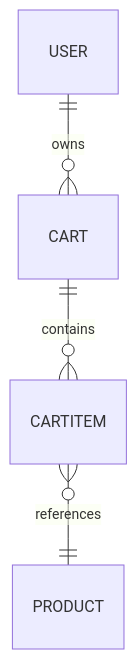
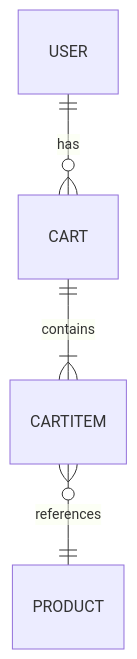
Before and after one commit to loginkarun/bank5: the diagram in lld/lld_SCRUM-11692.md, drawn with Mermaid. The commit also changed other lines of this file, not shown here.

````diff
--- a/lld/lld_SCRUM-11692.md
+++ b/lld/lld_SCRUM-11692.md
@@ -130,6 +98,6 @@
 ```mermaid
 erDiagram
-    USER ||--o{ CART : owns
-    CART ||--o{ CARTITEM : contains
+    USER ||--o{ CART : has
+    CART ||--|{ CARTITEM : contains
     CARTITEM }o--|| PRODUCT : references
 ```
````
